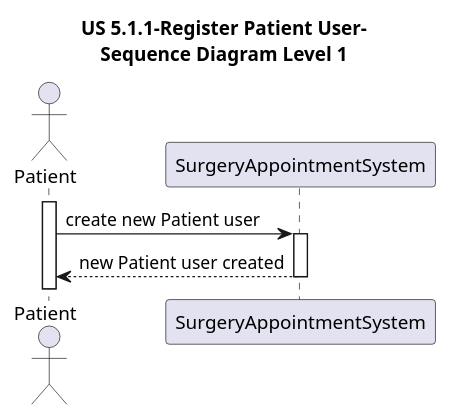
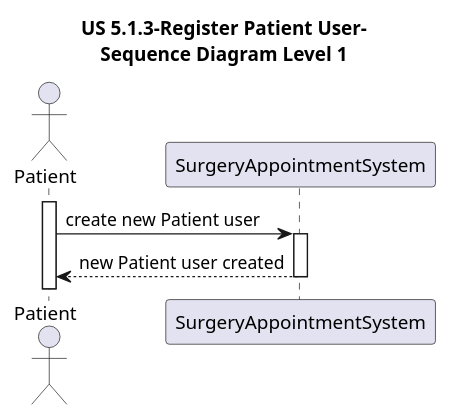
The diagram in docs/Sprint 1/US 5.1.3/RegisterStaffUser/Sequence Diagrams/Level1/SD_Level1.puml (MateusCabral2004/sem5pi), drawn with PlantUML before and after one commit. The commit also changed 2 other files, not shown here.

```diff
--- a/docs/Sprint 1/US 5.1.3/RegisterStaffUser/Sequence Diagrams/Level1/SD_Level1.puml
+++ b/docs/Sprint 1/US 5.1.3/RegisterStaffUser/Sequence Diagrams/Level1/SD_Level1.puml
@@ -1,15 +1,15 @@
 @startuml
 
-title US 5.1.1-Register Patient User-\nSequence Diagram Level 1
+title US 5.1.3-Register Patient User-\nSequence Diagram Level 1
 
 actor Patient
 participant SurgeryAppointmentSystem
 
 activate Patient
 Patient-> SurgeryAppointmentSystem: create new Patient user
 activate SurgeryAppointmentSystem
 
 SurgeryAppointmentSystem --> Patient: new Patient user created
 deactivate SurgeryAppointmentSystem
 
 @enduml
```
